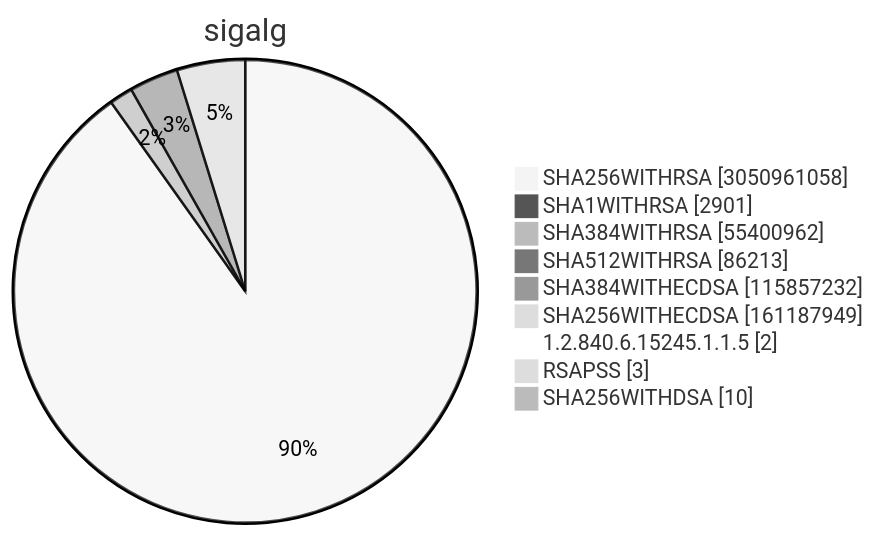
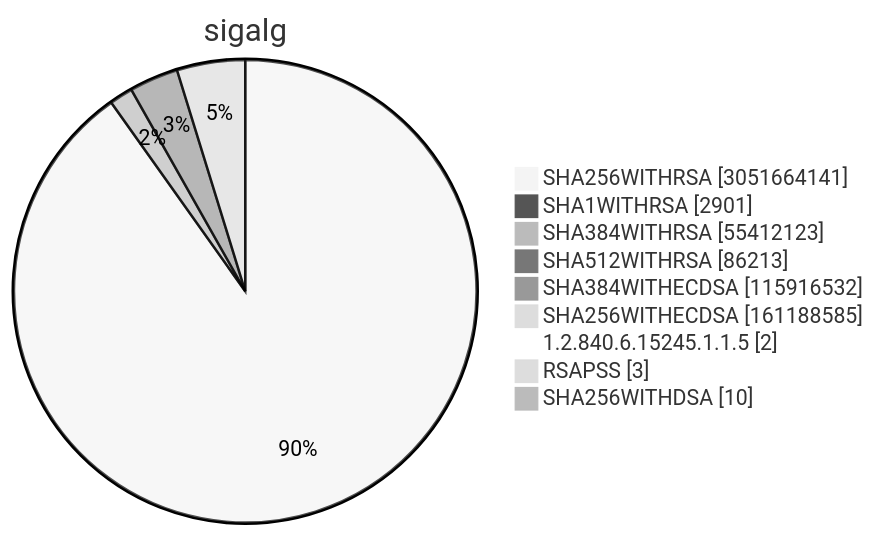
Before and after one commit to christiankrug/ctmonitor_visualization: diagram 15 of 15 in TOTAL/README.md, drawn with Mermaid (neutral theme). The commit also changed other lines of this file, not shown here.

````diff
--- a/TOTAL/README.md
+++ b/TOTAL/README.md
@@ -6208,13 +6209,13 @@
 ```mermaid
 pie showData
 title sigalg
-"SHA256WITHRSA" :3050961058
+"SHA256WITHRSA" :3051664141
 "SHA1WITHRSA" :2901
-"SHA384WITHRSA" :55400962
+"SHA384WITHRSA" :55412123
 "SHA512WITHRSA" :86213
-"SHA384WITHECDSA" :115857232
-"SHA256WITHECDSA" :161187949
+"SHA384WITHECDSA" :115916532
+"SHA256WITHECDSA" :161188585
 "1.2.840.6.15245.1.1.5" :2
 "RSAPSS" :3
 "SHA256WITHDSA" :10
 ```
````
